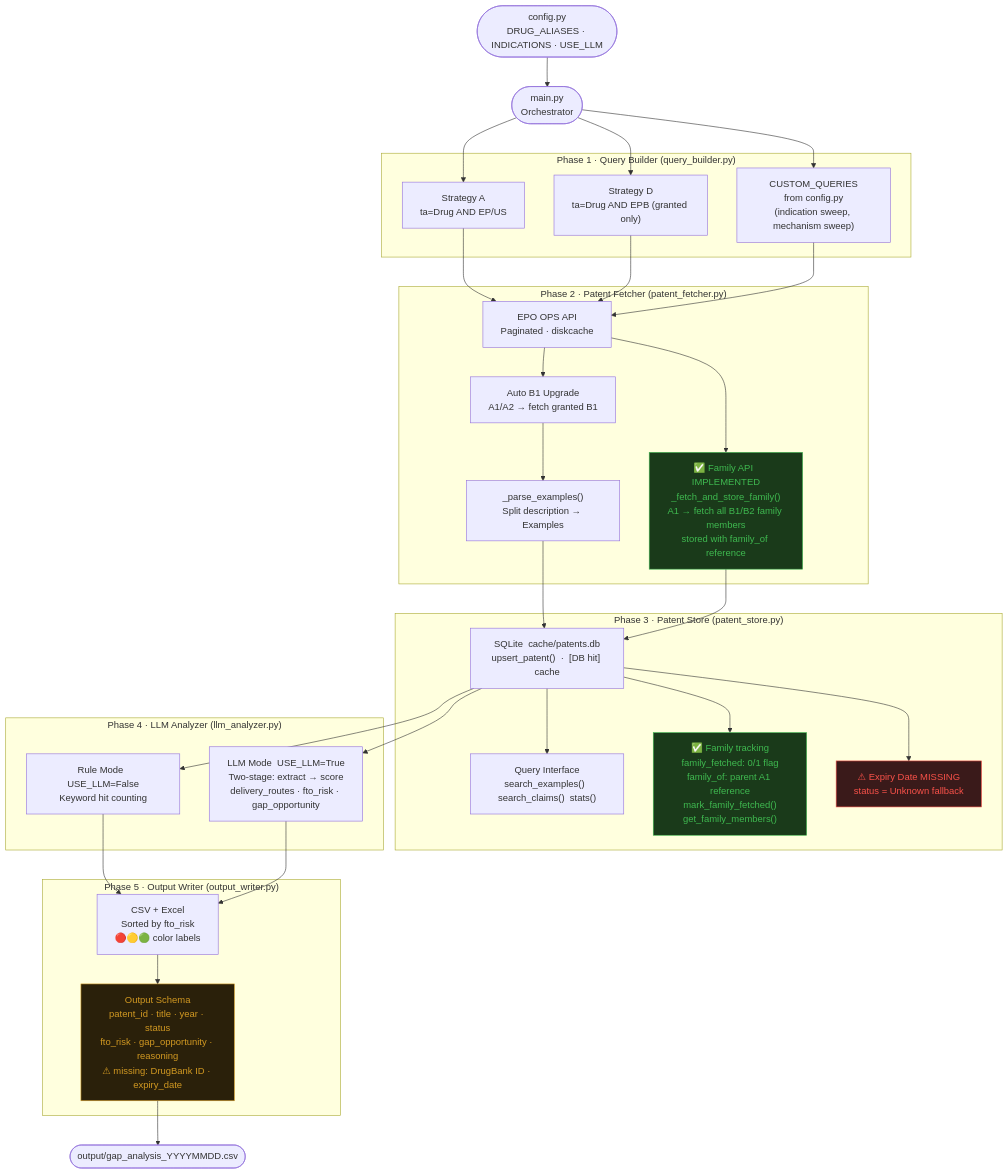
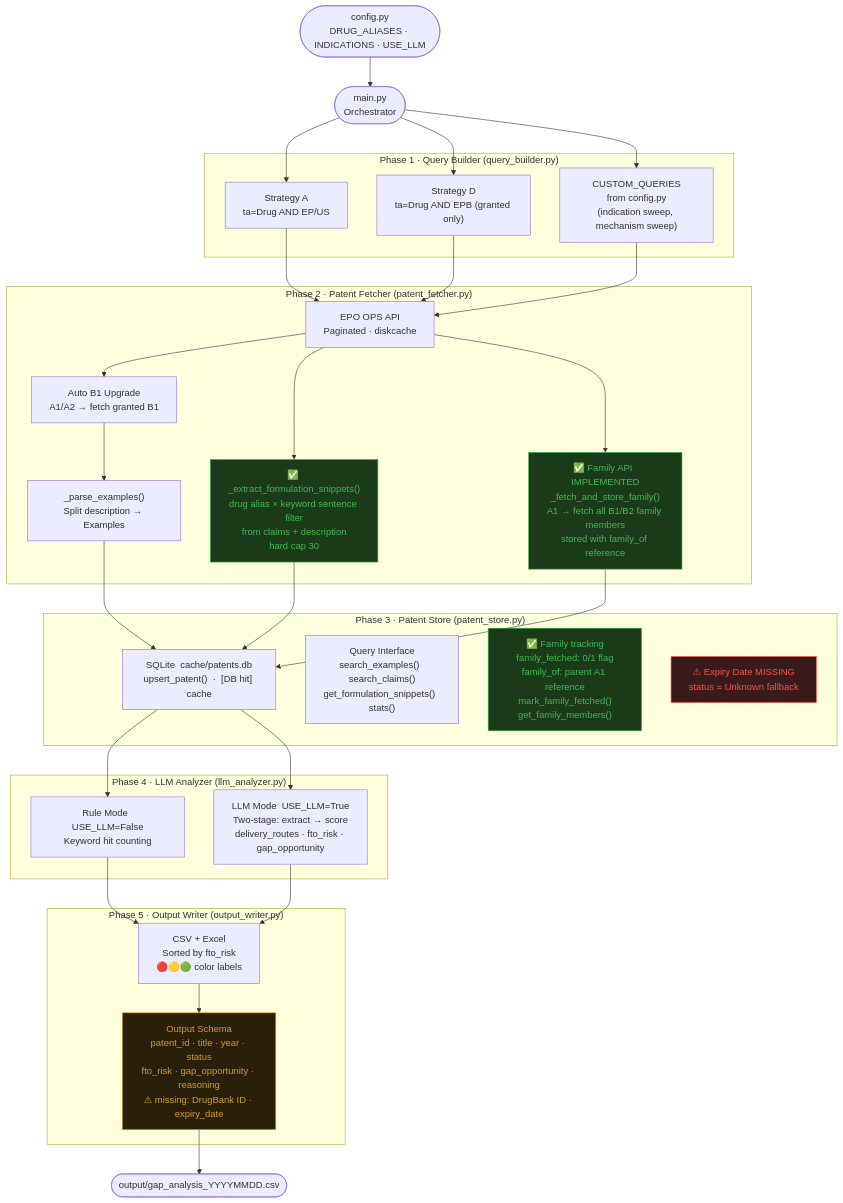
One commit to sandyteng0821/prior-art-tool changed the diagram in docs/architecture.md. Above: the diagram before and after it, drawn with Mermaid. The commit also changed other lines of this file and 4 other files, not shown here.

First line of the commit message:
feat(fetch): add formulation_snippets extraction at fetch time

````diff
--- a/docs/architecture.md
+++ b/docs/architecture.md
@@ -17,68 +17,69 @@
 ```mermaid
 graph TD
     %% Entry
     CFG([config.py\nDRUG_ALIASES · INDICATIONS · USE_LLM])
     MAIN([main.py\nOrchestrator])
 
     CFG --> MAIN
 
     %% Phase 1
     subgraph P1["Phase 1 · Query Builder (query_builder.py)"]
         QA["Strategy A\nta=Drug AND EP/US"]
         QD["Strategy D\nta=Drug AND EPB (granted only)"]
         QCQ["CUSTOM_QUERIES\nfrom config.py\n(indication sweep, mechanism sweep)"]
     end
 
     MAIN --> QA & QD & QCQ
 
     %% Phase 2
     subgraph P2["Phase 2 · Patent Fetcher (patent_fetcher.py)"]
         EPOAPI["EPO OPS API\nPaginated · diskcache"]
         B1["Auto B1 Upgrade\nA1/A2 → fetch granted B1"]
         PARSE["_parse_examples()\nSplit description → Examples"]
+        SNIP["✅ _extract_formulation_snippets()\ndrug alias × keyword sentence filter\nfrom claims + description\nhard cap 30"]
         FAMILY["✅ Family API  IMPLEMENTED\n_fetch_and_store_family()\nA1 → fetch all B1/B2 family members\nstored with family_of reference"]
     end
 
     QA & QD & QCQ --> EPOAPI
     EPOAPI --> B1 --> PARSE
+    EPOAPI --> SNIP
     EPOAPI --> FAMILY
 
     %% Phase 3
     subgraph P3["Phase 3 · Patent Store (patent_store.py)"]
         DB["SQLite  cache/patents.db\nupsert_patent()  ·  [DB hit] cache"]
-        SEARCH["Query Interface\nsearch_examples()  search_claims()  stats()"]
+        SEARCH["Query Interface\nsearch_examples()  search_claims()\nget_formulation_snippets()  stats()"]
         FAMILY_TRACK["✅ Family tracking\nfamily_fetched: 0/1 flag\nfamily_of: parent A1 reference\nmark_family_fetched()\nget_family_members()"]
         EXPIRY["⚠ Expiry Date  MISSING\nstatus = Unknown fallback"]
     end
 
     PARSE --> DB
+    SNIP --> DB
     FAMILY --> DB
-    DB --> SEARCH
-    DB --> FAMILY_TRACK
-    DB --> EXPIRY
 
     %% Phase 4
     subgraph P4["Phase 4 · LLM Analyzer (llm_analyzer.py)"]
         RULE["Rule Mode  USE_LLM=False\nKeyword hit counting"]
         LLM["LLM Mode  USE_LLM=True\nTwo-stage: extract → score\ndelivery_routes · fto_risk · gap_opportunity"]
     end
 
     DB --> RULE & LLM
 
     %% Phase 5
     subgraph P5["Phase 5 · Output Writer (output_writer.py)"]
         CSV["CSV + Excel\nSorted by fto_risk\n🔴🟡🟢 color labels"]
         SCHEMA["Output Schema\npatent_id · title · year · status\nfto_risk · gap_opportunity · reasoning\n⚠ missing: DrugBank ID · expiry_date"]
     end
 
     RULE & LLM --> CSV
     CSV --> SCHEMA
 
     SCHEMA --> OUT([output/gap_analysis_YYYYMMDD.csv])
 
     %% Styles
     style FAMILY fill:#1a3a1a,stroke:#3fb950,color:#3fb950
     style FAMILY_TRACK fill:#1a3a1a,stroke:#3fb950,color:#3fb950
     style EXPIRY fill:#3a1a1a,stroke:#f85149,color:#f85149
     style SCHEMA fill:#2a200a,stroke:#d29922,color:#d29922
+    style SNIP fill:#1a3a1a,stroke:#3fb950,color:#3fb950
 ```
````
